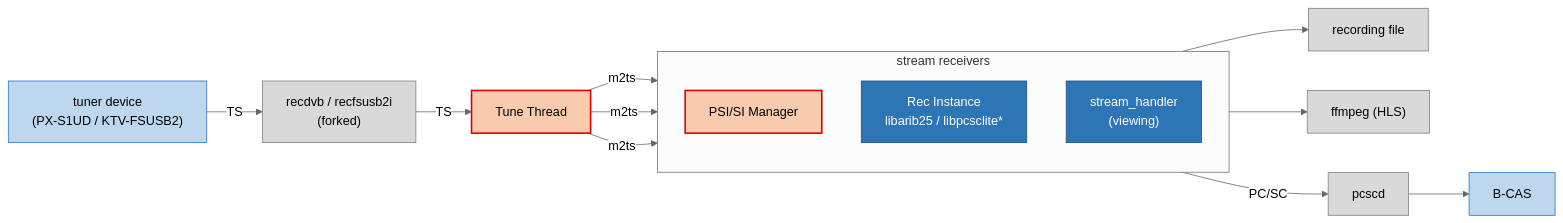
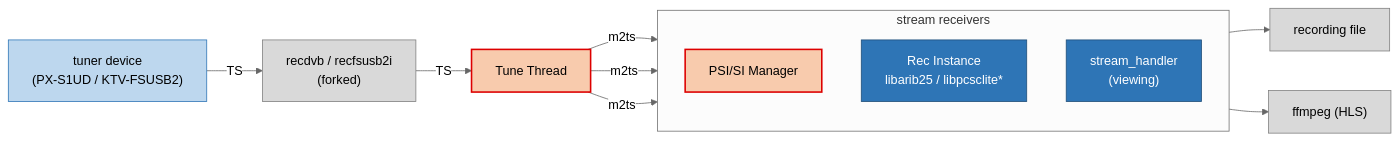
Before and after one commit to ysan/auto_rec_mini: the second of 2 diagrams in README.md, drawn with Mermaid (neutral theme). The commit also changed other lines of this file and 1 other file, not shown here.

Commit message:
docs: keep Rec Instance / stream_handler in the component diagram
- component diagram: show Rec Instance and stream_handler as boxes
  (Rec Manager -> Rec Instance, Viewing Manager -> stream_handler) and
  move the PC/SC path (pcscd / B-CAS) here
- m2ts data-flow diagram: focus on the stream fan-out from Tune Thread
  to the three receivers (drop the PC/SC detail, kept in the component
  diagram)

````diff
--- a/README.md
+++ b/README.md
@@ -127,33 +136,29 @@
 ```mermaid
 flowchart LR
     DEV["tuner device<br/>(PX-S1UD / KTV-FSUSB2)"]:::hw
     RECPROC["recdvb / recfsusb2i<br/>(forked)"]:::proc2
     TT["Tune Thread"]:::mod
 
     subgraph HANDLERS["stream receivers"]
       direction TB
       PSI["PSI/SI Manager"]:::mod
       REC["Rec Instance<br/>libarib25 / libpcsclite*"]:::lib
       SH["stream_handler<br/>(viewing)"]:::lib
     end
 
     RECFILE["recording file"]:::proc2
     VIEWER["ffmpeg (HLS)"]:::proc2
-    PCSCD["pcscd"]:::proc2
-    BCAS["B-CAS"]:::hw
 
     DEV -->|TS| RECPROC
     RECPROC -->|TS| TT
     TT -->|m2ts| PSI
     TT -->|m2ts| REC
     TT -->|m2ts| SH
     REC --> RECFILE
-    REC -->|PC/SC| PCSCD
-    PCSCD --> BCAS
     SH --> VIEWER
 
     classDef mod fill:#f8cbad,stroke:#d00,stroke-width:2px,color:#000;
     classDef lib fill:#2e75b6,stroke:#1f4e79,color:#fff;
     classDef proc2 fill:#d9d9d9,stroke:#808080,color:#000;
     classDef hw fill:#bdd7ee,stroke:#2e75b6,color:#000;
 ```
````
